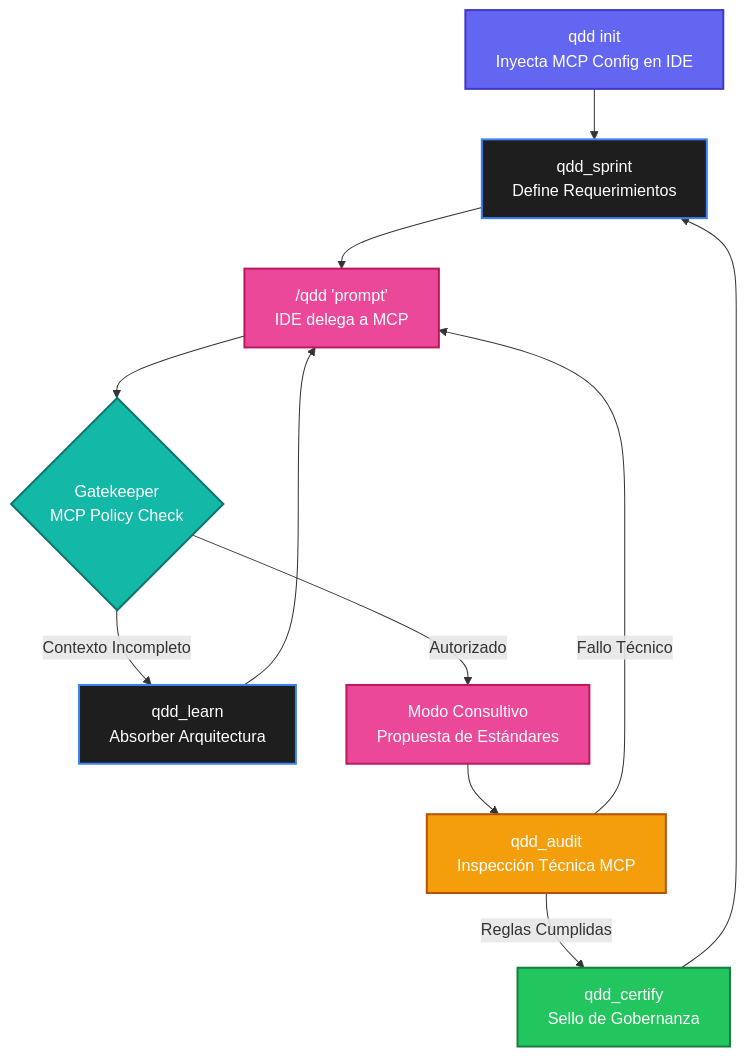
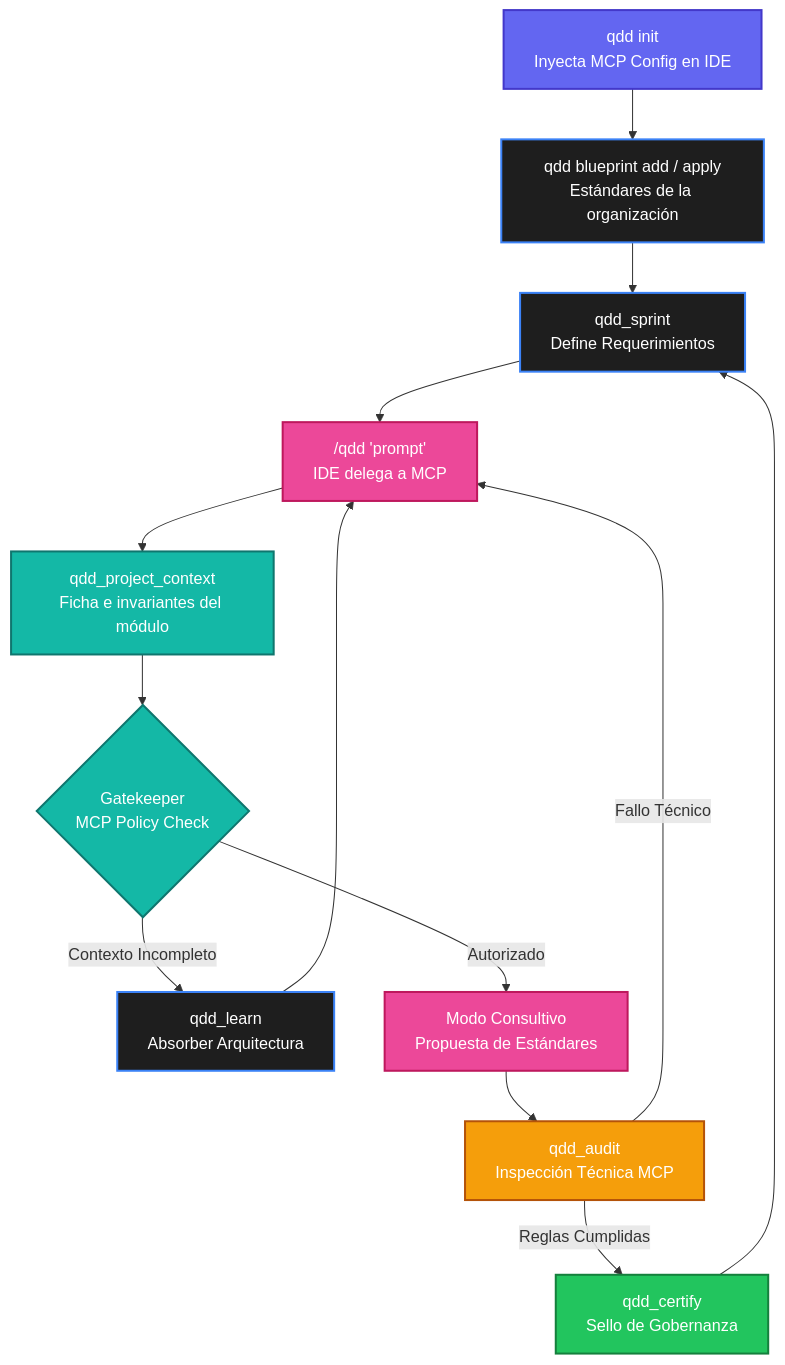
The diagram in README.md (trdago/qdd-framework), drawn with Mermaid before and after one commit. The commit also changed other lines of this file and 10 other files, not shown here.

````diff
--- a/README.md
+++ b/README.md
@@ -76,29 +85,33 @@
 ```mermaid
 graph TD
     classDef default fill:#1e1e1e,stroke:#3b82f6,stroke-width:2px,color:#fff;
     classDef init fill:#6366f1,stroke:#4338ca,stroke-width:2px,color:#fff;
     classDef agent fill:#ec4899,stroke:#be185d,stroke-width:2px,color:#fff;
     classDef gatekeeper fill:#14b8a6,stroke:#0f766e,stroke-width:2px,color:#fff;
     classDef success fill:#22c55e,stroke:#15803d,stroke-width:2px,color:#fff;
     classDef warning fill:#f59e0b,stroke:#b45309,stroke-width:2px,color:#fff;
 
     A["qdd init<br/>Inyecta MCP Config en IDE"]:::init
+    BP["qdd blueprint add / apply<br/>Estándares de la organización"]:::default
     B["qdd_sprint<br/>Define Requerimientos"]:::default
     C["/qdd 'prompt'<br/>IDE delega a MCP"]:::agent
+    PC["qdd_project_context<br/>Ficha e invariantes del módulo"]:::gatekeeper
     D{"Gatekeeper<br/>MCP Policy Check"}:::gatekeeper
     E["qdd_learn<br/>Absorber Arquitectura"]:::default
     F["Modo Consultivo<br/>Propuesta de Estándares"]:::agent
     G["qdd_audit<br/>Inspección Técnica MCP"]:::warning
     H["qdd_certify<br/>Sello de Gobernanza"]:::success
 
-    A --> B
+    A --> BP
+    BP --> B
     B --> C
-    C --> D
+    C --> PC
+    PC --> D
     D -- Contexto Incompleto --> E
     E --> C
     D -- Autorizado --> F
     F --> G
     G -- Fallo Técnico --> C
     G -- Reglas Cumplidas --> H
     H --> B
 ```
````
